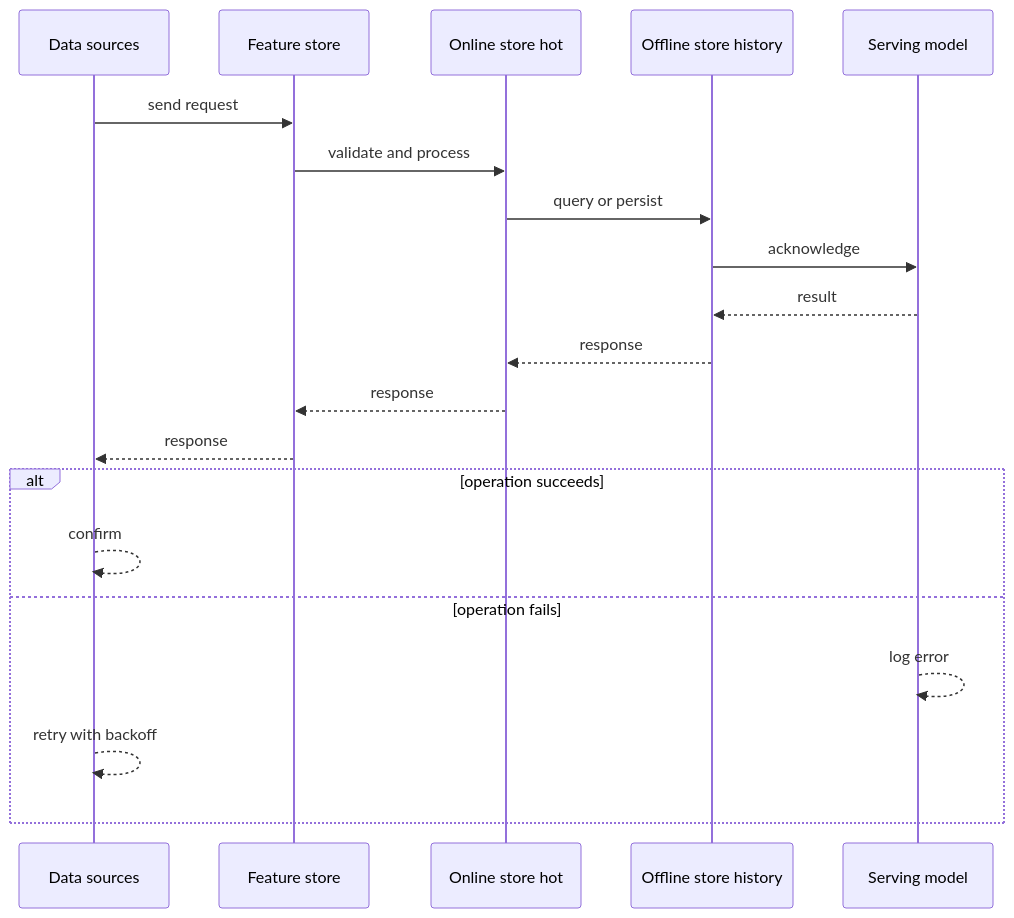
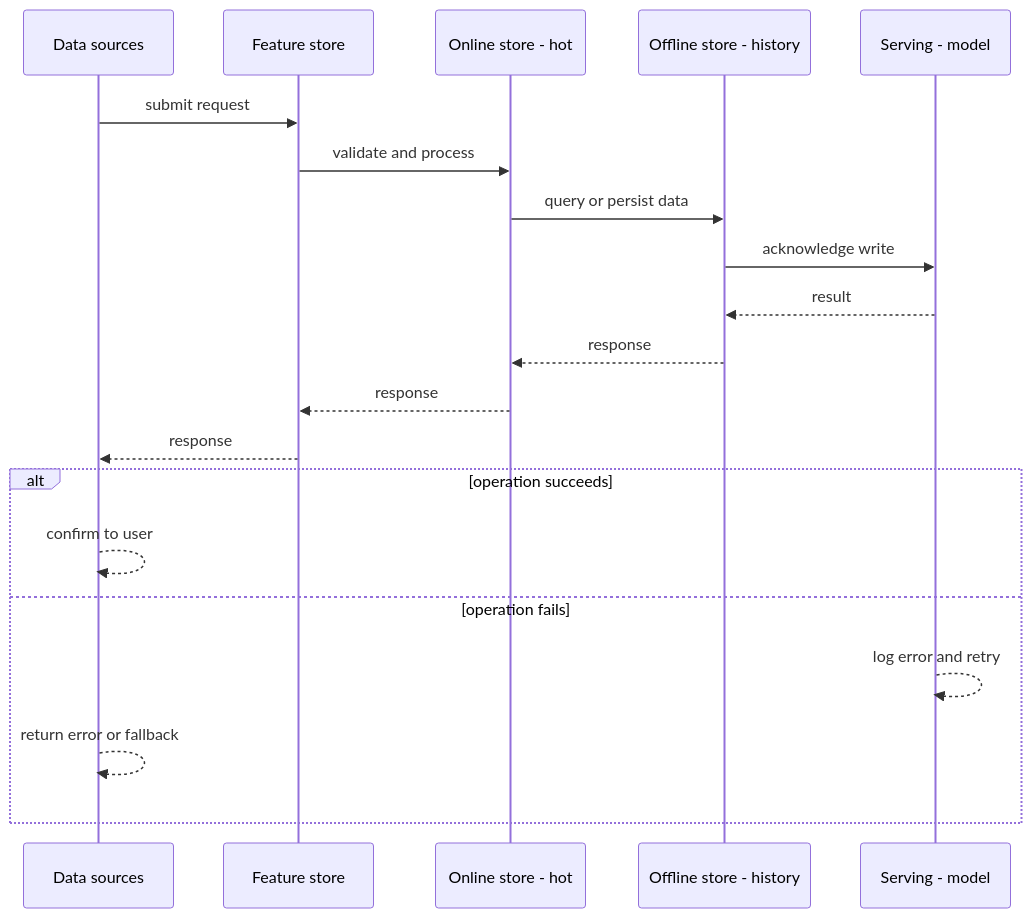
The second of 4 diagrams in case-studies/extreme/feature-store-model-serving.md (RIT-MESH/system-design-mastery), drawn with Mermaid before and after one commit. The commit also changed other lines of this file and 127 other files, not shown here.

First line of the commit message:
Improve all case study diagrams: case-specific sequences, fix truncated labels

````diff
--- a/case-studies/extreme/feature-store-model-serving.md
+++ b/case-studies/extreme/feature-store-model-serving.md
@@ -76,23 +76,23 @@
 ```mermaid
 %% created-for: system-design-mastery
 sequenceDiagram
-  participant C0 as Data sources
-  participant C1 as Feature store
-  participant C2 as Online store hot
-  participant C3 as Offline store history
-  participant C4 as Serving model
-  C0 ->> C1: send request
-  C1 ->> C2: validate and process
-  C2 ->> C3: query or persist
-  C3 ->> C4: acknowledge
-  C4 -->> C3: result
-  C3 -->> C2: response
-  C2 -->> C1: response
-  C1 -->> C0: response
+  participant P0 as Data sources
+  participant P1 as Feature store
+  participant P2 as Online store - hot
+  participant P3 as Offline store - history
+  participant P4 as Serving - model
+  P0 ->> P1: submit request
+  P1 ->> P2: validate and process
+  P2 ->> P3: query or persist data
+  P3 ->> P4: acknowledge write
+  P4 -->> P3: result
+  P3 -->> P2: response
+  P2 -->> P1: response
+  P1 -->> P0: response
   alt operation succeeds
-    C0 -->> C0: confirm
+    P0 -->> P0: confirm to user
   else operation fails
-    C4 -->> C4: log error
-    C0 -->> C0: retry with backoff
+    P4 -->> P4: log error and retry
+    P0 -->> P0: return error or fallback
   end
 ```
````
